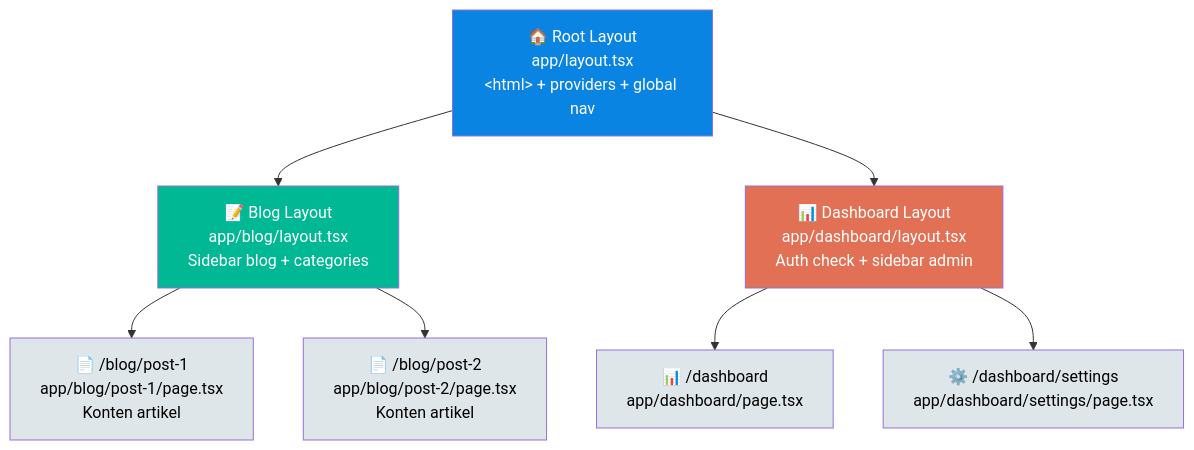
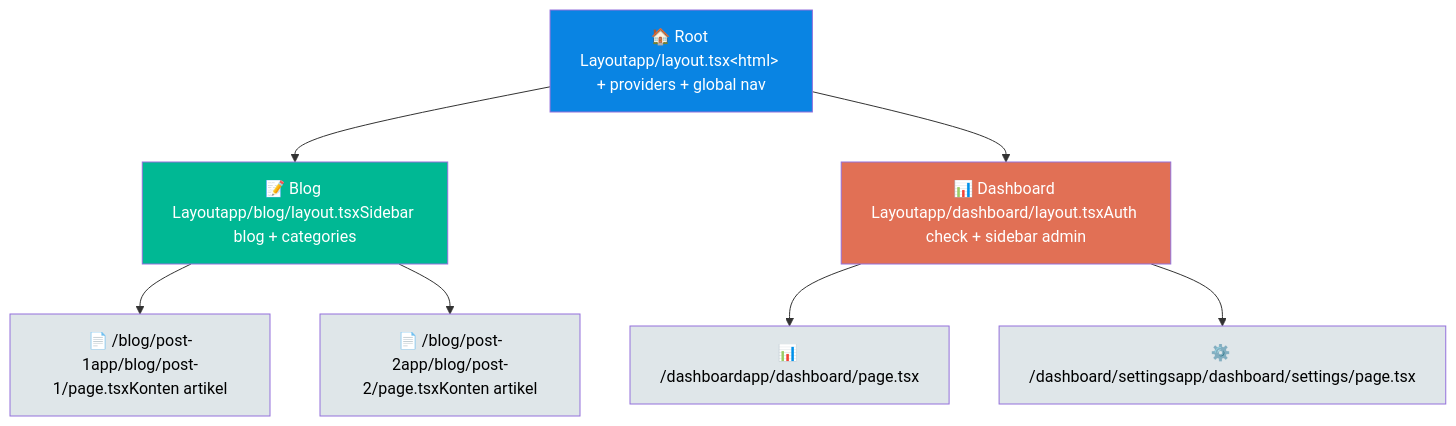
The sixth of 10 diagrams in src/content/materials/web/nextjs-framework-react-paling-teroptimasi-yang-pernah-dibangun.mdx (komandro-ccit/komandro-ccit.github.io), drawn with Mermaid before and after one commit. The commit also changed other lines of this file and 235 other files, not shown here.

````diff
--- a/src/content/materials/web/nextjs-framework-react-paling-teroptimasi-yang-pernah-dibangun.mdx
+++ b/src/content/materials/web/nextjs-framework-react-paling-teroptimasi-yang-pernah-dibangun.mdx
@@ -491,21 +491,21 @@
 ```mermaid
 graph TD
-    Root["🏠 Root Layout<br/>app/layout.tsx<br/>&lt;html&gt; + providers + global nav"]
+    Root["🏠 Root Layoutapp/layout.tsx&lt;html&gt; + providers + global nav"]
 
-    Root --> Blog["📝 Blog Layout<br/>app/blog/layout.tsx<br/>Sidebar blog + categories"]
-    Root --> Dashboard["📊 Dashboard Layout<br/>app/dashboard/layout.tsx<br/>Auth check + sidebar admin"]
+    Root --> Blog["📝 Blog Layoutapp/blog/layout.tsxSidebar blog + categories"]
+    Root --> Dashboard["📊 Dashboard Layoutapp/dashboard/layout.tsxAuth check + sidebar admin"]
 
-    Blog --> Post1["📄 /blog/post-1<br/>app/blog/post-1/page.tsx<br/>Konten artikel"]
-    Blog --> Post2["📄 /blog/post-2<br/>app/blog/post-2/page.tsx<br/>Konten artikel"]
+    Blog --> Post1["📄 /blog/post-1app/blog/post-1/page.tsxKonten artikel"]
+    Blog --> Post2["📄 /blog/post-2app/blog/post-2/page.tsxKonten artikel"]
 
-    Dashboard --> DashHome["📊 /dashboard<br/>app/dashboard/page.tsx"]
-    Dashboard --> DashSettings["⚙️ /dashboard/settings<br/>app/dashboard/settings/page.tsx"]
+    Dashboard --> DashHome["📊 /dashboardapp/dashboard/page.tsx"]
+    Dashboard --> DashSettings["⚙️ /dashboard/settingsapp/dashboard/settings/page.tsx"]
 
     style Root fill:#0984e3,color:#fff
     style Blog fill:#00b894,color:#fff
     style Dashboard fill:#e17055,color:#fff
     style Post1 fill:#dfe6e9,color:#000
     style Post2 fill:#dfe6e9,color:#000
     style DashHome fill:#dfe6e9,color:#000
     style DashSettings fill:#dfe6e9,color:#000
 ```
````
